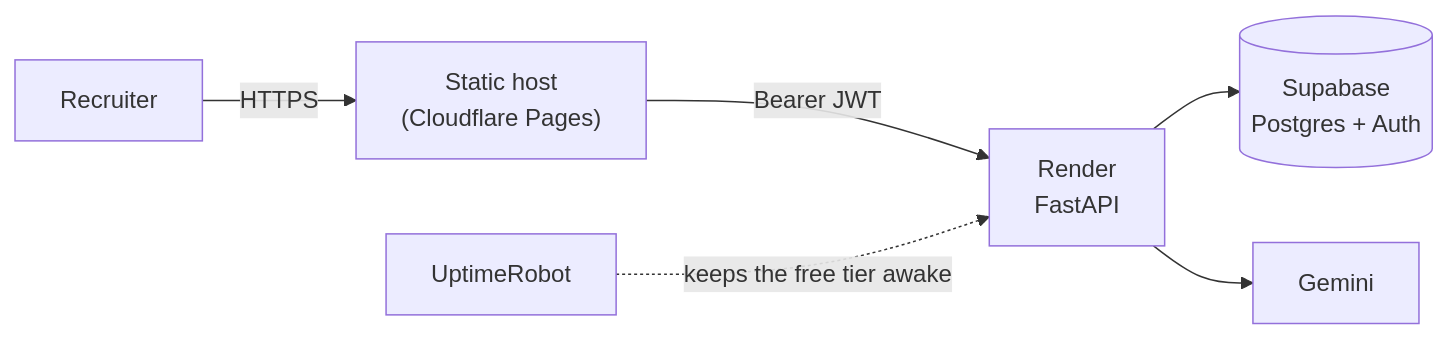
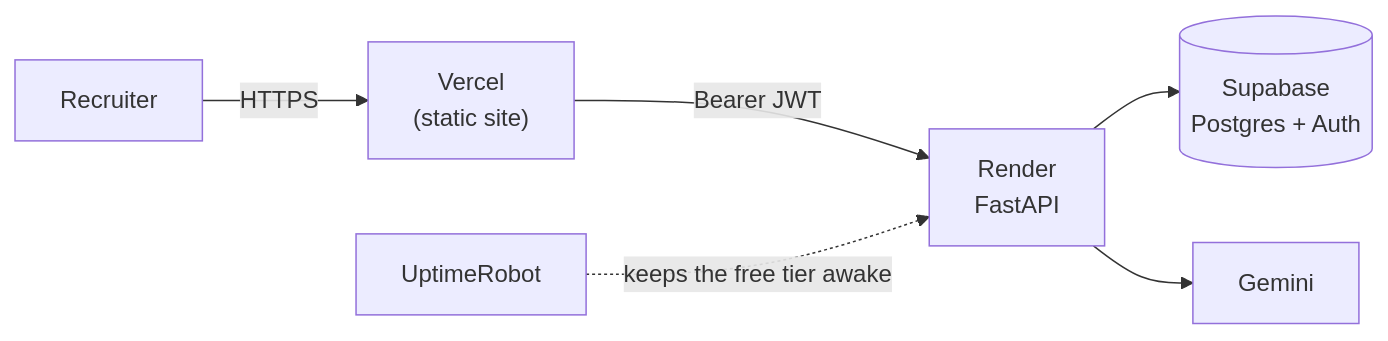
One commit to Shweta-Mishra-ai/hirelens changed the diagram in docs/DEPLOYMENT.md. Above: the diagram before and after it, drawn with Mermaid. The commit also changed other lines of this file and 11 other files, not shown here.

````diff
--- a/docs/DEPLOYMENT.md
+++ b/docs/DEPLOYMENT.md
@@ -9,8 +9,8 @@
 ```mermaid
 flowchart LR
-    U["Recruiter"] -->|HTTPS| V["Static host<br/>(Cloudflare Pages)"]
+    U["Recruiter"] -->|HTTPS| V["Vercel<br/>(static site)"]
     V -->|"Bearer JWT"| R["Render<br/>FastAPI"]
     R --> S[("Supabase<br/>Postgres + Auth")]
     R --> G["Gemini"]
     M["UptimeRobot"] -.->|"keeps the free tier awake"| R
 ```
````
